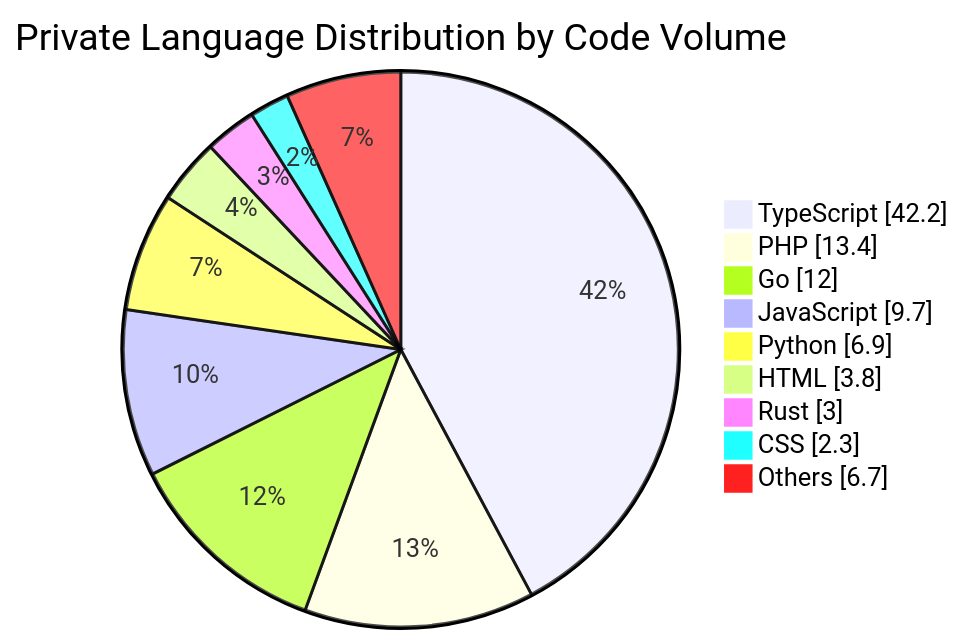
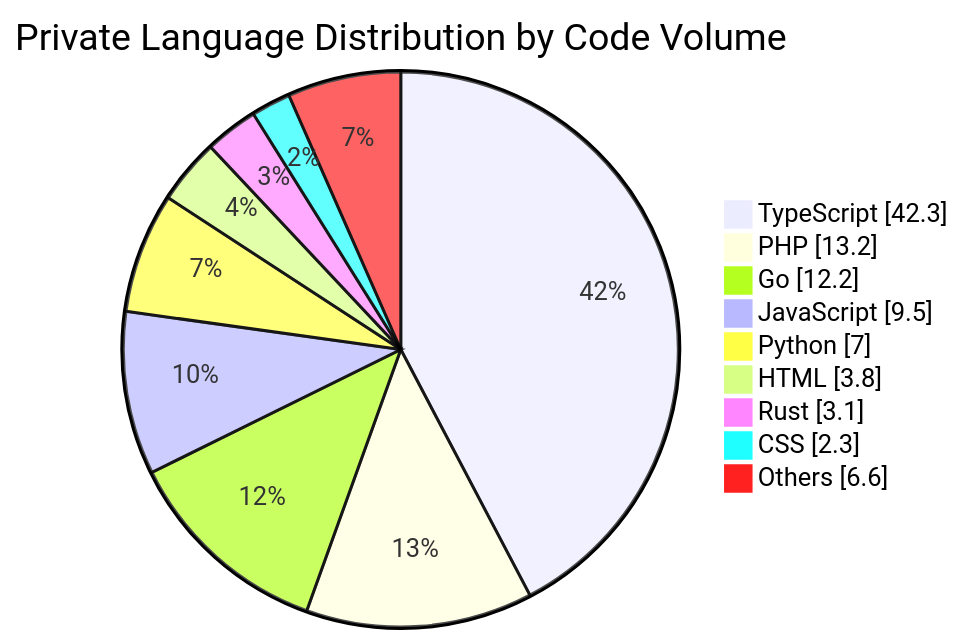
One commit to Lamy210/Lamy210 changed the diagram in README.md. Above: the diagram before and after it, drawn with Mermaid. The commit also changed other lines of this file, not shown here.

Commit message:
chore: update private technology summary [skip ci]

````diff
--- a/README.md
+++ b/README.md
@@ -47,13 +47,13 @@
 ```mermaid
 pie showData
     title Private Language Distribution by Code Volume
-    "TypeScript" : 42.2
-    "PHP" : 13.4
-    "Go" : 12.0
-    "JavaScript" : 9.7
-    "Python" : 6.9
+    "TypeScript" : 42.3
+    "PHP" : 13.2
+    "Go" : 12.2
+    "JavaScript" : 9.5
+    "Python" : 7.0
     "HTML" : 3.8
-    "Rust" : 3.0
+    "Rust" : 3.1
     "CSS" : 2.3
-    "Others" : 6.7
+    "Others" : 6.6
 ```
````
